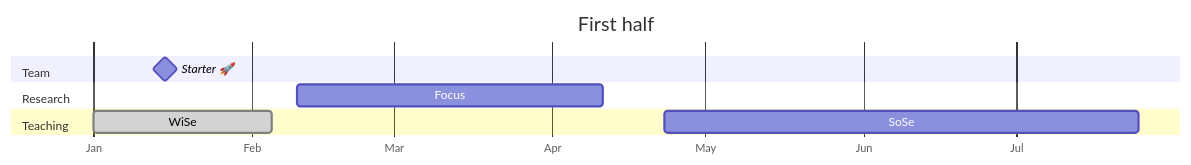
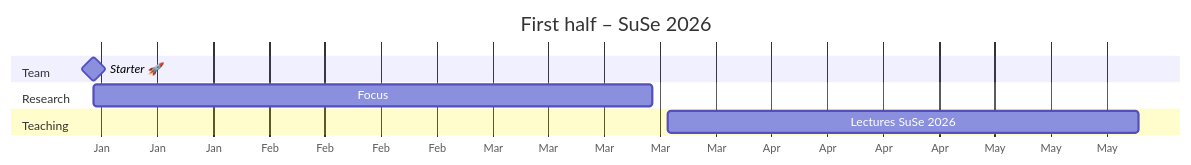
The first of 2 diagrams in management/statement.qmd (fs-ise/handbook), drawn with Mermaid before and after one commit. The commit also changed other lines of this file and 2 other files, not shown here.

````diff
--- a/management/statement.qmd
+++ b/management/statement.qmd
@@ -65,20 +65,19 @@
 ```{mermaid}
 ---
 displayMode: compact
 ---
 gantt
-    title First half
+    title First half – SuSe 2026
     dateFormat  YYYY-MM-DD
     todayMarker stroke-width:5px,stroke:red,opacity:0.8
     axisFormat %b
 
     section Team
-    Starter 🚀  :milestone, {{ site.time | date: "%Y" }}-01-15, milestone
+    Starter 🚀 :milestone, 2026-01-10, milestone
 
     section Research
-    Focus           :a2, {{ site.time | date: "%Y" }}-02-10, 60d
+    Focus           :a2, 2026-01-10, 70d
 
     section Teaching
-    WiSe           :done, {{ site.time | date: "%Y" }}-01-01, 35d
-    SoSe           :a1, {{ site.time | date: "%Y" }}-04-23, 93d
+    Lectures SuSe 2026            :s1, 2026-03-23, 2026-05-21
 ```
````
